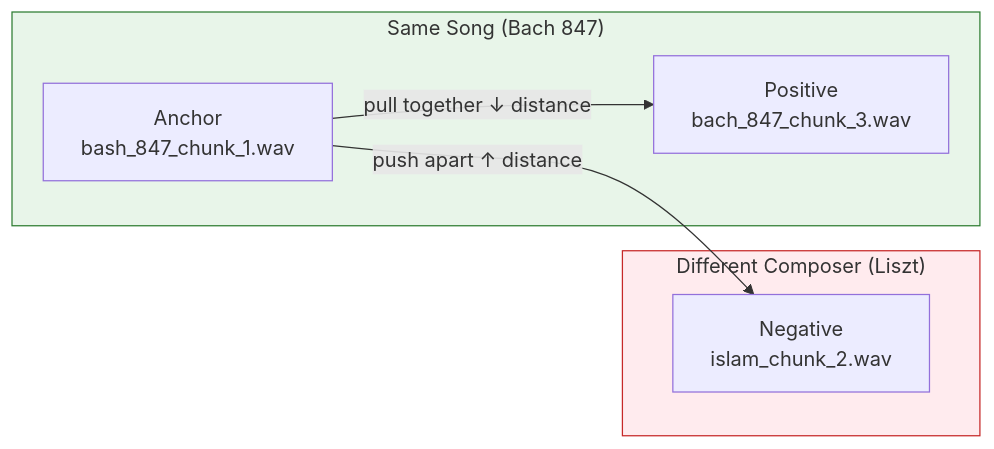
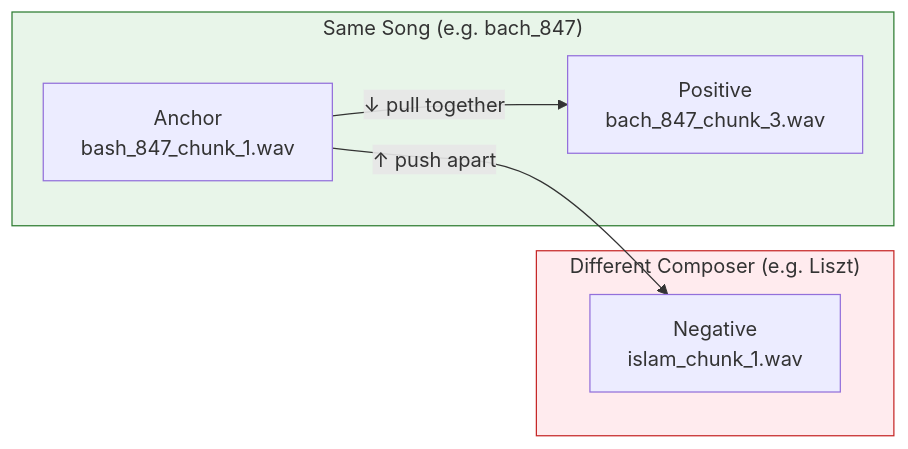
One commit to mperumal-usd/capstone_team_3 changed the sixth of 7 diagrams in website/docs/pipeline.md. Above: the diagram before and after it, drawn with Mermaid. The commit also changed other lines of this file and 1 other file, not shown here.

````diff
--- a/website/docs/pipeline.md
+++ b/website/docs/pipeline.md
@@ -151,15 +137,15 @@
 ```mermaid
 graph LR
-    subgraph same_song["Same Song (Bach 847)"]
+    subgraph same_song["Same Song (e.g. bach_847)"]
         A["Anchor\nbash_847_chunk_1.wav"]
         P["Positive\nbach_847_chunk_3.wav"]
     end
-    subgraph diff_composer["Different Composer (Liszt)"]
-        N["Negative\nislam_chunk_2.wav"]
+    subgraph diff_composer["Different Composer (e.g. Liszt)"]
+        N["Negative\nislam_chunk_1.wav"]
     end
-    A -->|"pull together ↓ distance"| P
-    A -->|"push apart ↑ distance"| N
+    A -->|"↓ pull together"| P
+    A -->|"↑ push apart"| N
 
     style same_song fill:#e8f5e9,stroke:#2e7d32
     style diff_composer fill:#ffebee,stroke:#c62828
 ```
````
